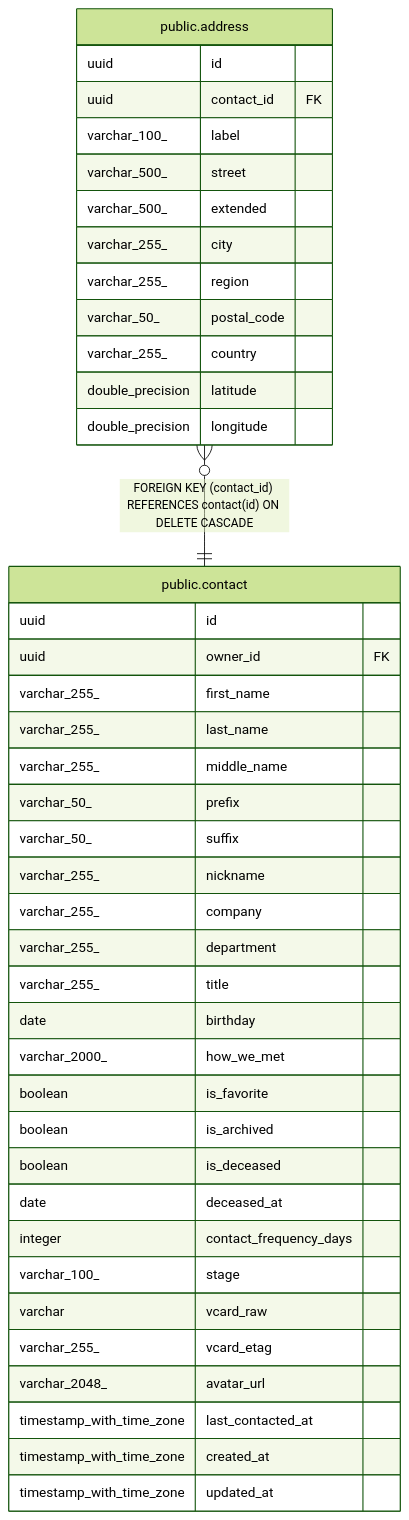
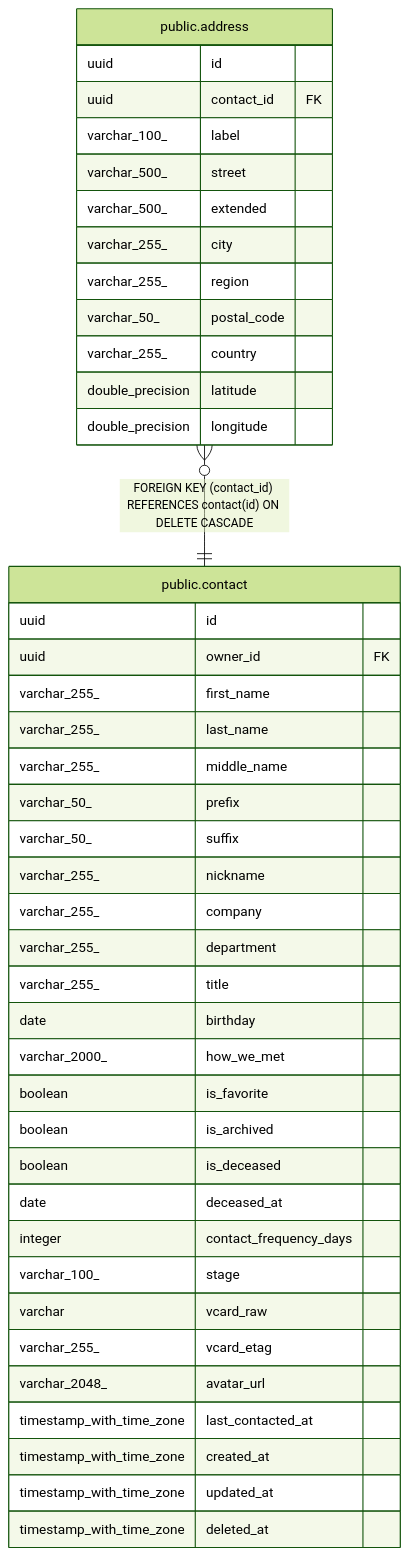
Before and after one commit to pike00/Kindred: the diagram in docs/db/public.address.md, drawn with Mermaid (forest theme). The commit also changed 19 other files, not shown here.

Commit message:
docs(db): regenerate from live schema (activity_log + tag_share)

````diff
--- a/docs/db/public.address.md
+++ b/docs/db/public.address.md
@@ -42,46 +42,47 @@
 ```mermaid
 erDiagram
 
 "public.address" }o--|| "public.contact" : "FOREIGN KEY (contact_id) REFERENCES contact(id) ON DELETE CASCADE"
 
 "public.address" {
   uuid id
   uuid contact_id FK
   varchar_100_ label
   varchar_500_ street
   varchar_500_ extended
   varchar_255_ city
   varchar_255_ region
   varchar_50_ postal_code
   varchar_255_ country
   double_precision latitude
   double_precision longitude
 }
 "public.contact" {
   uuid id
   uuid owner_id FK
   varchar_255_ first_name
   varchar_255_ last_name
   varchar_255_ middle_name
   varchar_50_ prefix
   varchar_50_ suffix
   varchar_255_ nickname
   varchar_255_ company
   varchar_255_ department
   varchar_255_ title
   date birthday
   varchar_2000_ how_we_met
   boolean is_favorite
   boolean is_archived
   boolean is_deceased
   date deceased_at
   integer contact_frequency_days
   varchar_100_ stage
   varchar vcard_raw
   varchar_255_ vcard_etag
   varchar_2048_ avatar_url
   timestamp_with_time_zone last_contacted_at
   timestamp_with_time_zone created_at
   timestamp_with_time_zone updated_at
+  timestamp_with_time_zone deleted_at
 }
 ```
````
